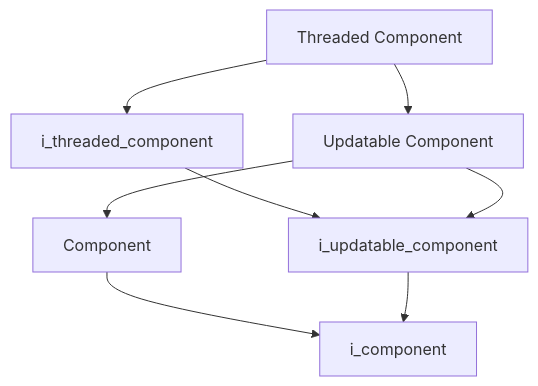
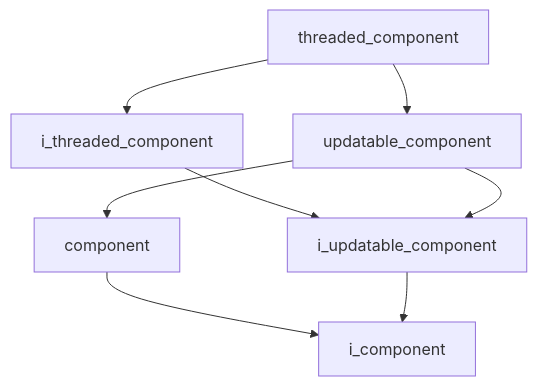
Before and after one commit to kasper-szczerba/autonomous_control_system_wiki: the first of 2 diagrams in docs/codebase/namespaces/core/implementation/threaded_component.md, drawn with Mermaid. The commit also changed other lines of this file and 41 other files, not shown here.

````diff
--- a/docs/codebase/namespaces/core/implementation/threaded_component.md
+++ b/docs/codebase/namespaces/core/implementation/threaded_component.md
@@ -15,11 +15,11 @@
 ```mermaid
 graph TD
-    threaded_component["Threaded Component"]
-    component["Component"] --> i_component["i_component"]
+    threaded_component["threaded_component"]
+    component["component"] --> i_component["i_component"]
     i_threaded_component["i_threaded_component"] --> i_updatable_component["i_updatable_component"]
     i_updatable_component["i_updatable_component"] --> i_component["i_component"]
-    threaded_component["Threaded Component"] --> i_threaded_component["i_threaded_component"]
-    threaded_component["Threaded Component"] --> updatable_component["Updatable Component"]
-    updatable_component["Updatable Component"] --> component["Component"]
-    updatable_component["Updatable Component"] --> i_updatable_component["i_updatable_component"]
+    threaded_component["threaded_component"] --> i_threaded_component["i_threaded_component"]
+    threaded_component["threaded_component"] --> updatable_component["updatable_component"]
+    updatable_component["updatable_component"] --> component["component"]
+    updatable_component["updatable_component"] --> i_updatable_component["i_updatable_component"]
 ```
````
